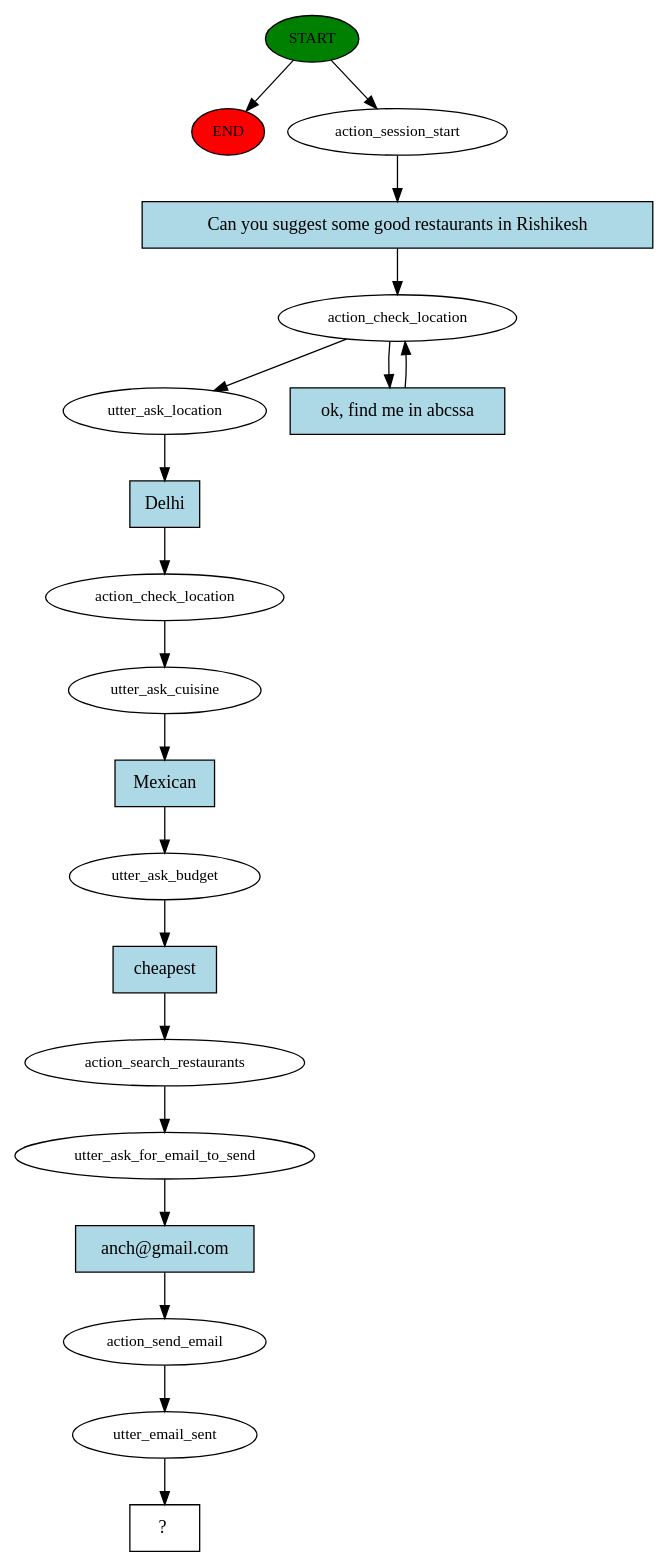
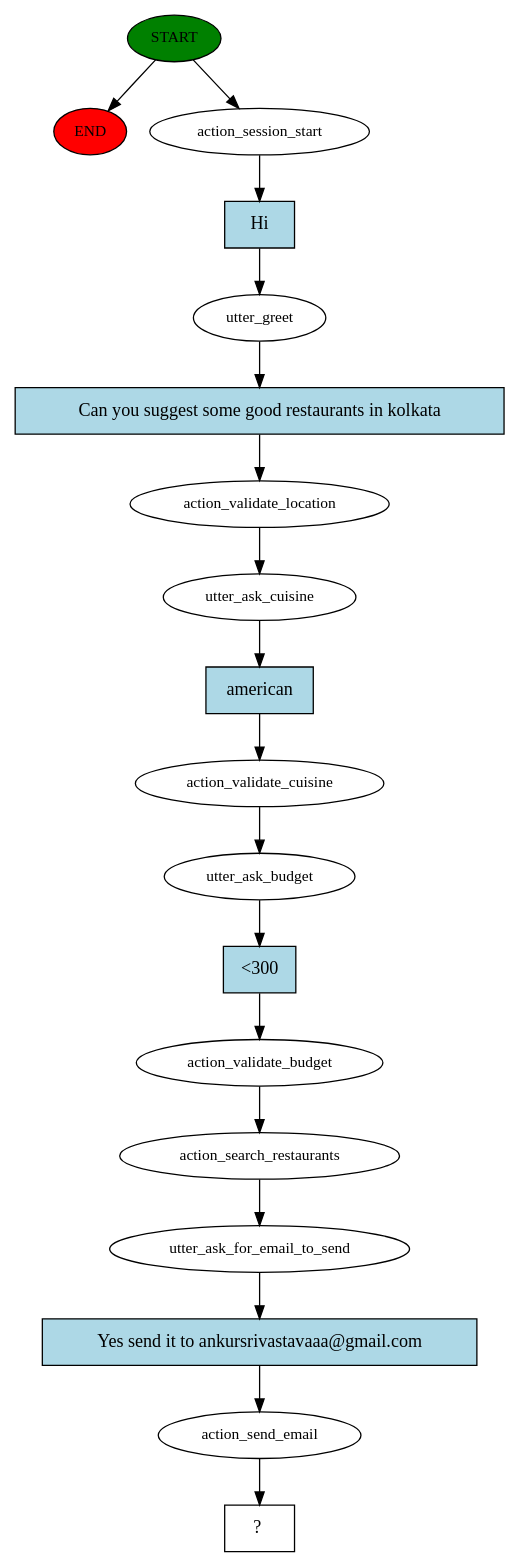
One commit to Ankursrivastavaaa/ChatBot changed the diagram in story_graph.dot. Above: the diagram before and after it, drawn with Graphviz. The commit also changed 6 other files, not shown here.

```diff
--- a/story_graph.dot
+++ b/story_graph.dot
@@ -1,40 +1,37 @@
 digraph  {
 0 [class="start active", fillcolor=green, fontsize=12, label=START, style=filled];
 "-1" [class=end, fillcolor=red, fontsize=12, label=END, style=filled];
 1 [class=active, fontsize=12, label=action_session_start];
-2 [class=active, fontsize=12, label=action_check_location];
-5 [class=active, fontsize=12, label=utter_ask_location];
-6 [class=active, fontsize=12, label=action_check_location];
-7 [class=active, fontsize=12, label=utter_ask_cuisine];
-8 [class=active, fontsize=12, label=utter_ask_budget];
-9 [class=active, fontsize=12, label=action_search_restaurants];
-10 [class=active, fontsize=12, label=utter_ask_for_email_to_send];
-11 [class=active, fontsize=12, label=action_send_email];
-12 [class=active, fontsize=12, label=utter_email_sent];
-13 [class="intent dashed active", label="  ?  ", shape=rect];
-14 [class="intent active", fillcolor=lightblue, label="Can you suggest some good restaurants in Rishikesh", shape=rect, style=filled];
-15 [class="intent active", fillcolor=lightblue, label="ok, find me in abcssa", shape=rect, style=filled];
-16 [class="intent active", fillcolor=lightblue, label=Delhi, shape=rect, style=filled];
-17 [class="intent active", fillcolor=lightblue, label=Mexican, shape=rect, style=filled];
-18 [class="intent active", fillcolor=lightblue, label=cheapest, shape=rect, style=filled];
-19 [class="intent active", fillcolor=lightblue, label="anch@gmail.com", shape=rect, style=filled];
+2 [class=active, fontsize=12, label=utter_greet];
+3 [class=active, fontsize=12, label=action_validate_location];
+4 [class=active, fontsize=12, label=utter_ask_cuisine];
+5 [class=active, fontsize=12, label=action_validate_cuisine];
+6 [class=active, fontsize=12, label=utter_ask_budget];
+7 [class=active, fontsize=12, label=action_validate_budget];
+8 [class=active, fontsize=12, label=action_search_restaurants];
+9 [class=active, fontsize=12, label=utter_ask_for_email_to_send];
+10 [class=active, fontsize=12, label=action_send_email];
+11 [class="intent dashed active", label="  ?  ", shape=rect];
+12 [class="intent active", fillcolor=lightblue, label=Hi, shape=rect, style=filled];
+13 [class="intent active", fillcolor=lightblue, label="Can you suggest some good restaurants in kolkata", shape=rect, style=filled];
+14 [class="intent active", fillcolor=lightblue, label=american, shape=rect, style=filled];
+15 [class="intent active", fillcolor=lightblue, label="<300", shape=rect, style=filled];
+16 [class="intent active", fillcolor=lightblue, label="Yes send it to ankursrivastavaaa@gmail.com", shape=rect, style=filled];
 0 -> "-1"  [class="", key=NONE, label=""];
 0 -> 1  [class=active, key=NONE, label=""];
-1 -> 14  [class=active, key=0];
-2 -> 5  [class=active, key=NONE, label=""];
-2 -> 15  [class=active, key=0];
-5 -> 16  [class=active, key=0];
-6 -> 7  [class=active, key=NONE, label=""];
-7 -> 17  [class=active, key=0];
-8 -> 18  [class=active, key=0];
-9 -> 10  [class=active, key=NONE, label=""];
-10 -> 19  [class=active, key=0];
-11 -> 12  [class=active, key=NONE, label=""];
-12 -> 13  [class=active, key=NONE, label=""];
-14 -> 2  [class=active, key=0];
-15 -> 2  [class=active, key=0];
-16 -> 6  [class=active, key=0];
-17 -> 8  [class=active, key=0];
-18 -> 9  [class=active, key=0];
-19 -> 11  [class=active, key=0];
+1 -> 12  [class=active, key=0];
+2 -> 13  [class=active, key=0];
+3 -> 4  [class=active, key=NONE, label=""];
+4 -> 14  [class=active, key=0];
+5 -> 6  [class=active, key=NONE, label=""];
+6 -> 15  [class=active, key=0];
+7 -> 8  [class=active, key=NONE, label=""];
+8 -> 9  [class=active, key=NONE, label=""];
+9 -> 16  [class=active, key=0];
+10 -> 11  [class=active, key=NONE, label=""];
+12 -> 2  [class=active, key=0];
+13 -> 3  [class=active, key=0];
+14 -> 5  [class=active, key=0];
+15 -> 7  [class=active, key=0];
+16 -> 10  [class=active, key=0];
 }
```
